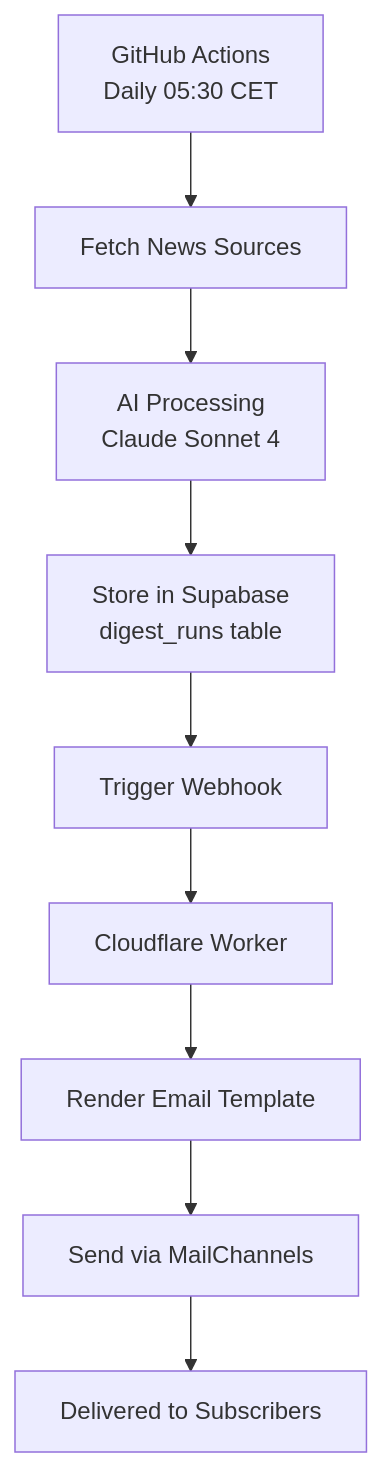
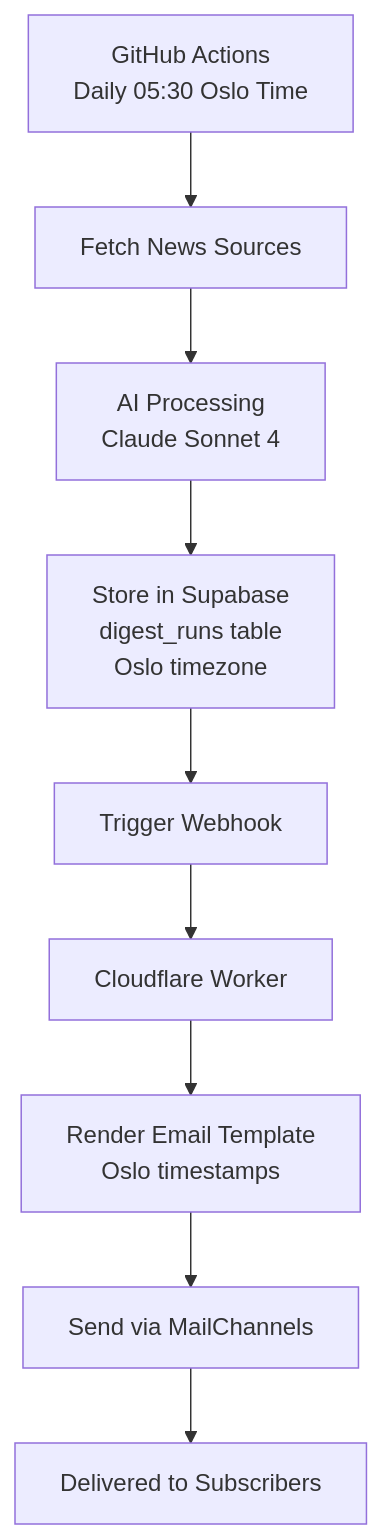
Before and after one commit to elzacka/budbringer: the diagram in README.md, drawn with Mermaid. The commit also changed other lines of this file and 5 other files, not shown here.

First line of the commit message:
Add admin functionality for digest runs management and fix timezone display

````diff
--- a/README.md
+++ b/README.md
@@ -141,11 +141,11 @@
 ```mermaid
 graph TD
-    A[GitHub Actions<br/>Daily 05:30 CET] --> B[Fetch News Sources]
+    A[GitHub Actions<br/>Daily 05:30 Oslo Time] --> B[Fetch News Sources]
     B --> C[AI Processing<br/>Claude Sonnet 4]
-    C --> D[Store in Supabase<br/>digest_runs table]
+    C --> D[Store in Supabase<br/>digest_runs table<br/>Oslo timezone]
     D --> E[Trigger Webhook]
     E --> F[Cloudflare Worker]
-    F --> G[Render Email Template]
+    F --> G[Render Email Template<br/>Oslo timestamps]
     G --> H[Send via MailChannels]
     H --> I[Delivered to Subscribers]
 ```
````
